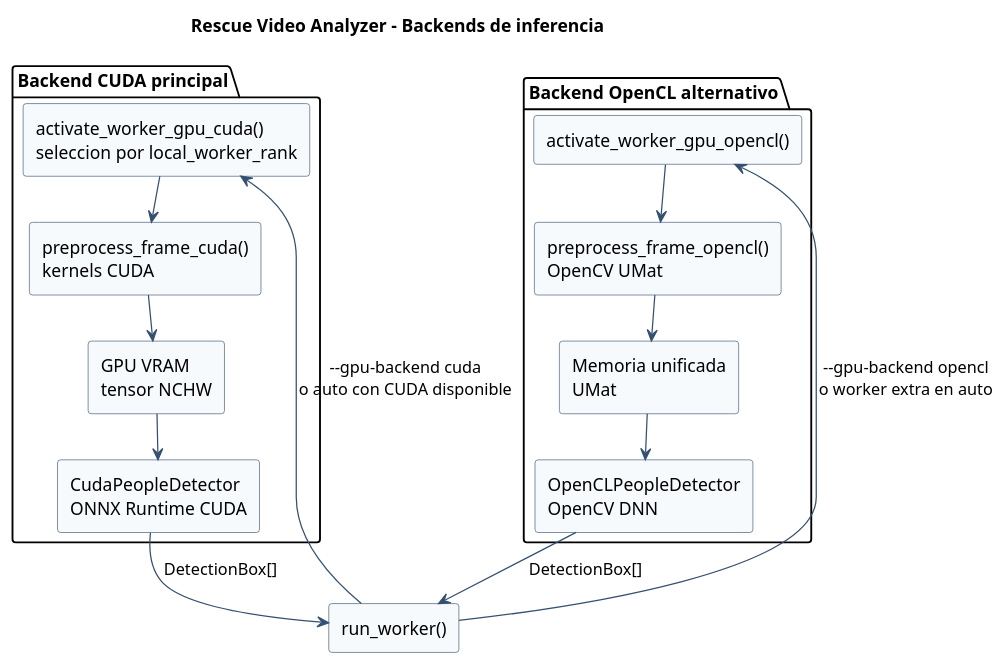
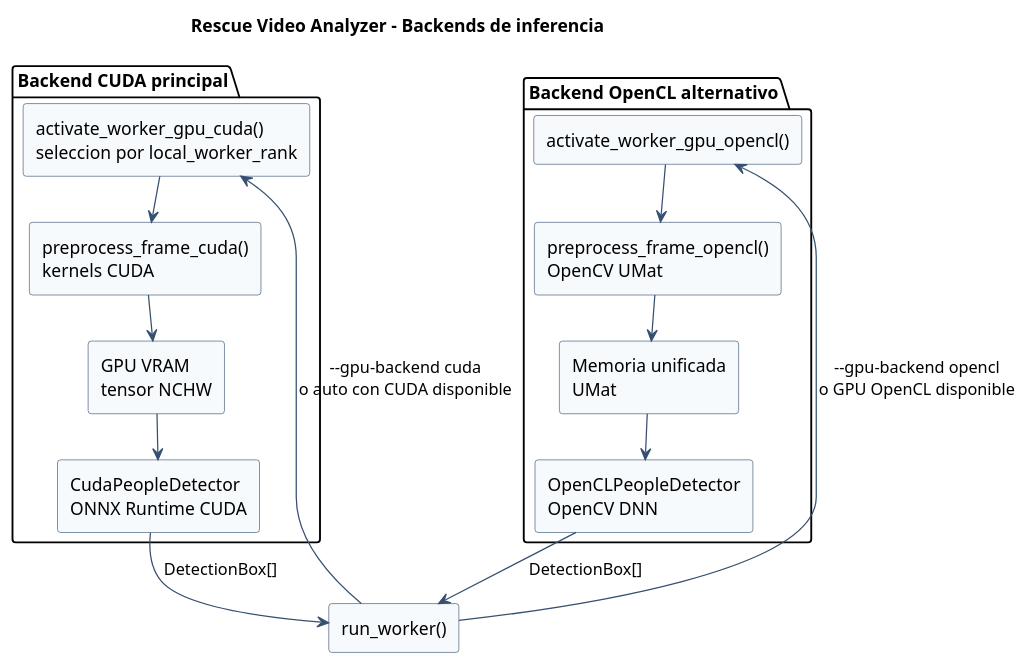
One commit to pablovalencia1404/mpi_video_analyzer changed the diagram in docs/diagrams/backends.puml. Above: the diagram before and after it, drawn with PlantUML. The commit also changed 6 other files, not shown here.

```diff
--- a/docs/diagrams/backends.puml
+++ b/docs/diagrams/backends.puml
@@ -1,40 +1,40 @@
 @startuml
 !pragma layout smetana
 title Rescue Video Analyzer - Backends de inferencia
 
 skinparam backgroundColor #FFFFFF
 skinparam componentStyle rectangle
 skinparam shadowing false
 skinparam ArrowColor #355070
 skinparam ComponentBorderColor #355070
 skinparam ComponentBackgroundColor #F7FAFC
 
 component "run_worker()" as Worker
 
 package "Backend CUDA principal" as CUDA {
   component "activate_worker_gpu_cuda()\nseleccion por local_worker_rank" as BindCuda
   component "preprocess_frame_cuda()\nkernels CUDA" as PreCuda
   component "CudaPeopleDetector\nONNX Runtime CUDA" as DetCuda
   component "GPU VRAM\ntensor NCHW" as Vram
 }
 
 package "Backend OpenCL alternativo" as OPENCL {
   component "activate_worker_gpu_opencl()" as BindOpenCL
   component "preprocess_frame_opencl()\nOpenCV UMat" as PreOpenCL
   component "OpenCLPeopleDetector\nOpenCV DNN" as DetOpenCL
   component "Memoria unificada\nUMat" as UMat
 }
 
 Worker --> BindCuda : --gpu-backend cuda\no auto con CUDA disponible
 BindCuda --> PreCuda
 PreCuda --> Vram
 Vram --> DetCuda
 
-Worker --> BindOpenCL : --gpu-backend opencl\no worker extra en auto
+Worker --> BindOpenCL : --gpu-backend opencl\no GPU OpenCL disponible
 BindOpenCL --> PreOpenCL
 PreOpenCL --> UMat
 UMat --> DetOpenCL
 
 DetCuda --> Worker : DetectionBox[]
 DetOpenCL --> Worker : DetectionBox[]
 @enduml
```
